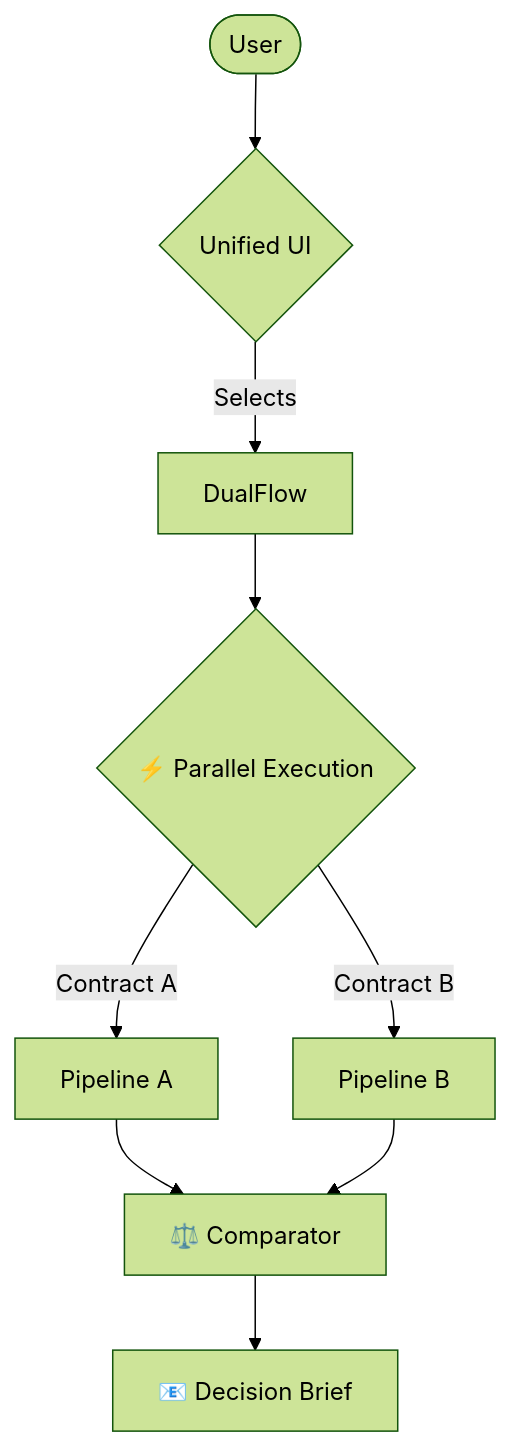
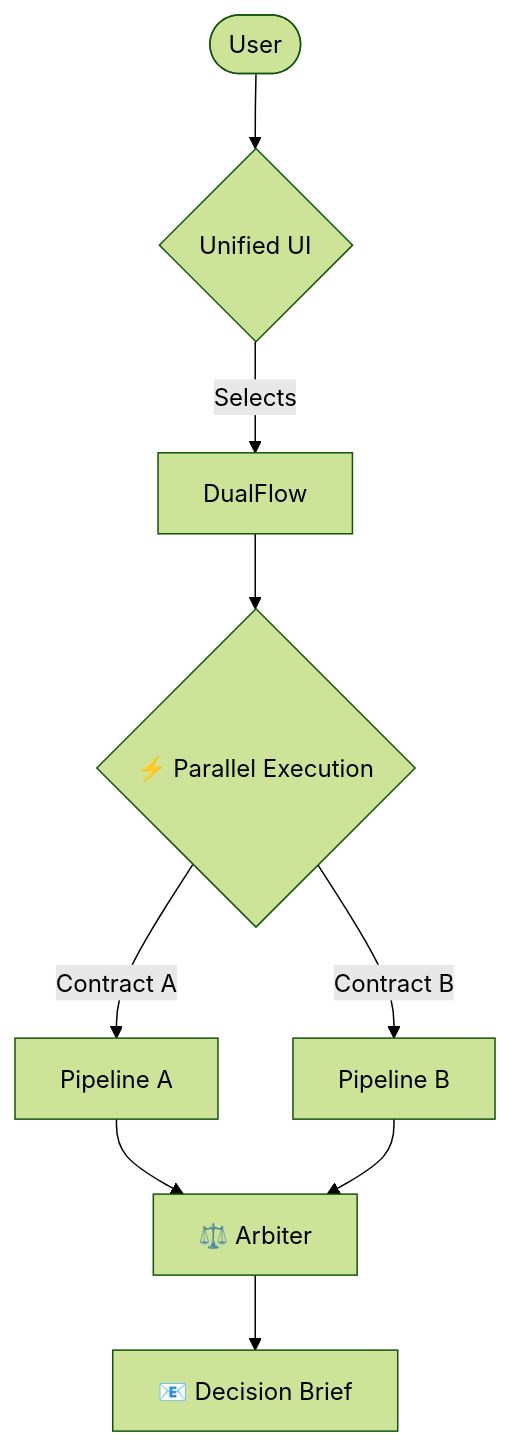
One commit to sambit04126/shouldisignthis changed the second of 2 diagrams in README.md. Above: the diagram before and after it, drawn with Mermaid (forest theme). The commit also changed other lines of this file and 33 other files, not shown here.

````diff
--- a/README.md
+++ b/README.md
@@ -64,10 +64,10 @@
 ```mermaid
 graph TD
     User([User]) --> App{Unified UI}
     App -->|Selects| DualFlow
     DualFlow --> Parallel{⚡ Parallel Execution}
     Parallel -->|Contract A| PipelineA[Pipeline A]
     Parallel -->|Contract B| PipelineB[Pipeline B]
-    PipelineA & PipelineB --> Comparator[⚖️ Comparator]
-    Comparator --> CompDrafter[📧 Decision Brief]
+    PipelineA & PipelineB --> Arbiter[⚖️ Arbiter]
+    Arbiter --> CompDrafter[📧 Decision Brief]
 ```
````
